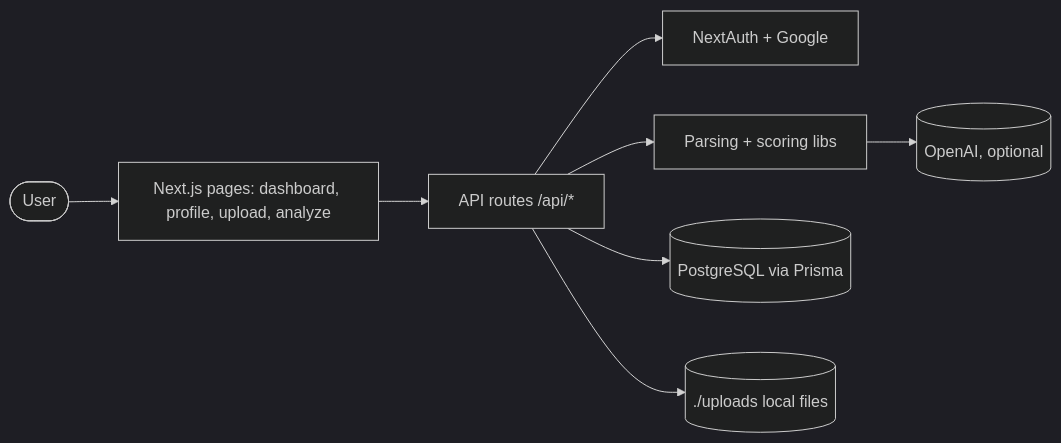
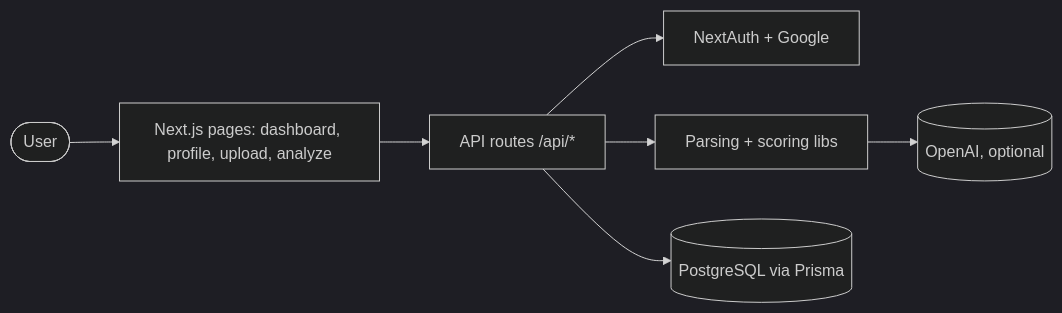
The first of 2 diagrams in docs/architecture/README.md (abhisheksingh24/career-buddy), drawn with Mermaid (dark theme) before and after one commit. The commit also changed other lines of this file and 13 other files, not shown here.

````diff
--- a/docs/architecture/README.md
+++ b/docs/architecture/README.md
@@ -11,10 +11,9 @@
 ```mermaid
 flowchart LR
     user([User]) --> ui[Next.js pages: dashboard, profile, upload, analyze]
     ui --> api[API routes /api/*]
     api --> auth[NextAuth + Google]
     api --> lib[Parsing + scoring libs]
     lib --> openai[(OpenAI, optional)]
     api --> db[(PostgreSQL via Prisma)]
-    api --> fs[(./uploads local files)]
 ```
````
